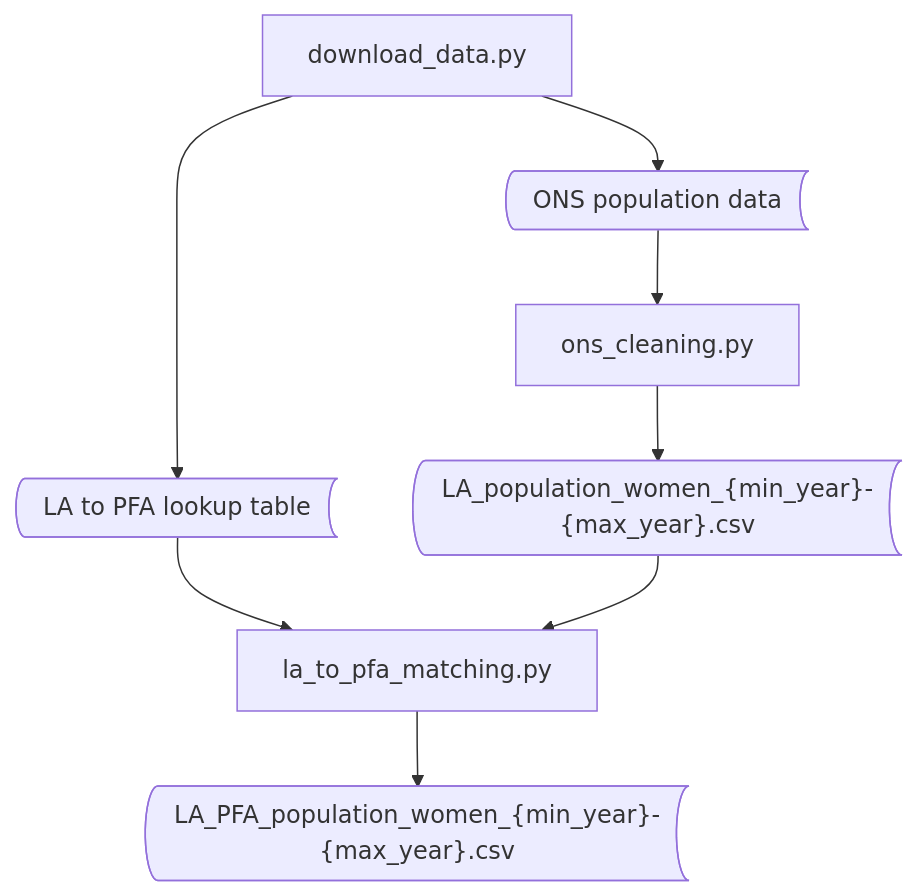
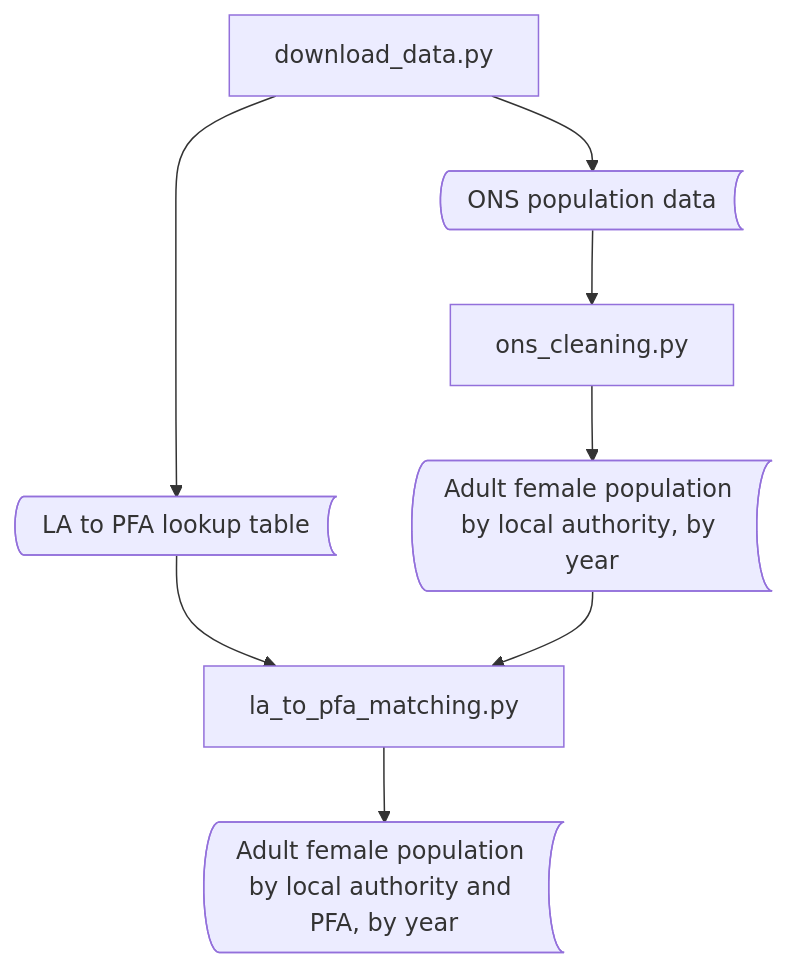
The second of 2 diagrams in docs/getting-started/processing-the-data.md (Prison-Reform-Trust/womens-imprisonment-PFA), drawn with Mermaid before and after one commit.

Commit message:
fix: update labels in data processing diagram for clarity

````diff
--- a/docs/getting-started/processing-the-data.md
+++ b/docs/getting-started/processing-the-data.md
@@ -100,11 +100,11 @@
 ``` mermaid
 graph TD
   A[download_data.py] --> B@{ shape: bow-rect, label: "ONS population data" }
   A --> C@{ shape: bow-rect, label: "LA to PFA lookup table" }
   B --> D[ons_cleaning.py]
-  D --> E@{ shape: bow-rect, label: "LA_population_women_{min_year}-{max_year}.csv" }
+  D --> E@{ shape: bow-rect, label: "Adult female population by local authority, by year" }
   C --> F[la_to_pfa_matching.py]
   E --> F
-  F --> G@{ shape: bow-rect, label: "LA_PFA_population_women_{min_year}-{max_year}.csv" }
+  F --> G@{ shape: bow-rect, label: "Adult female population by local authority and PFA, by year" }
 
 ```
````
